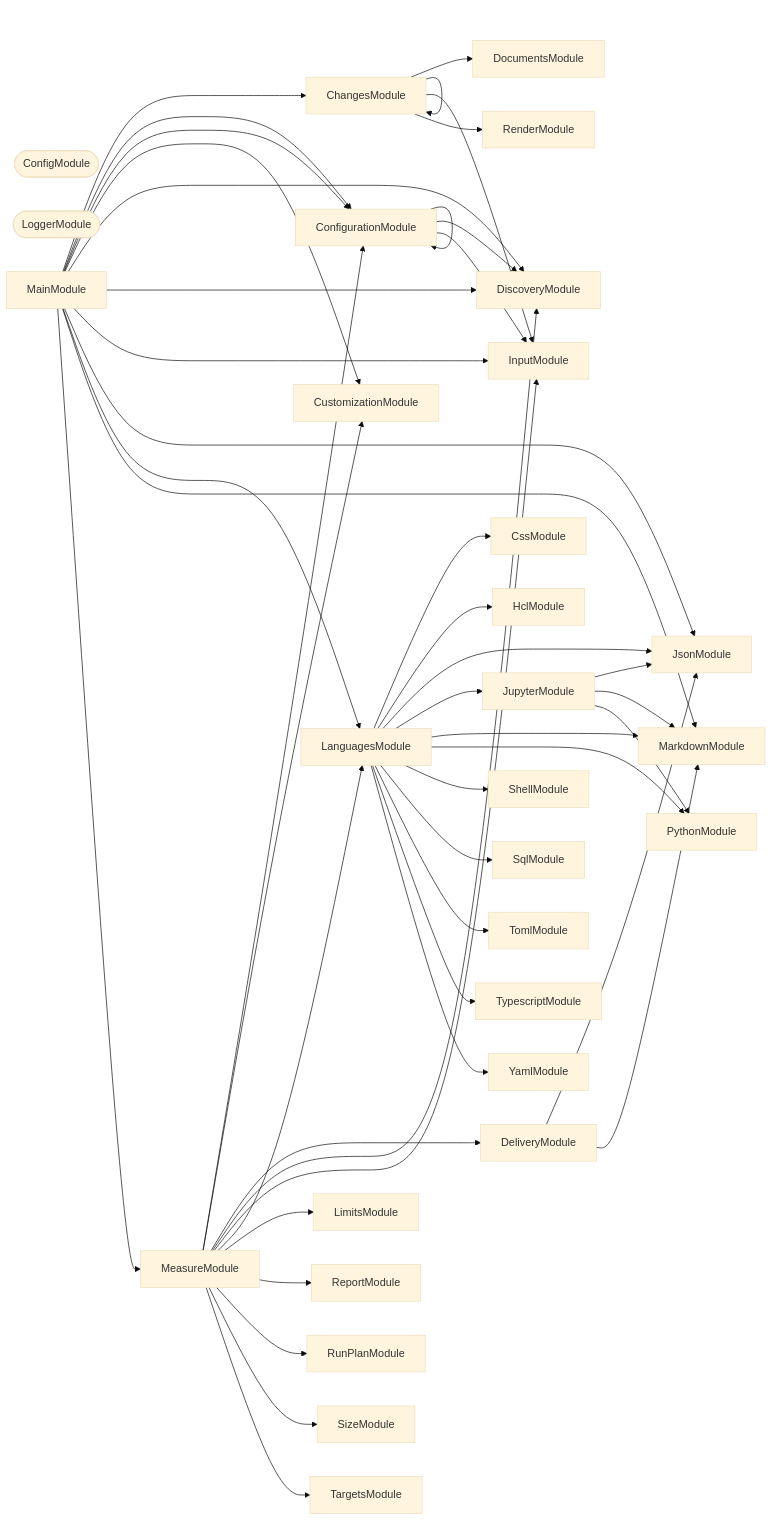
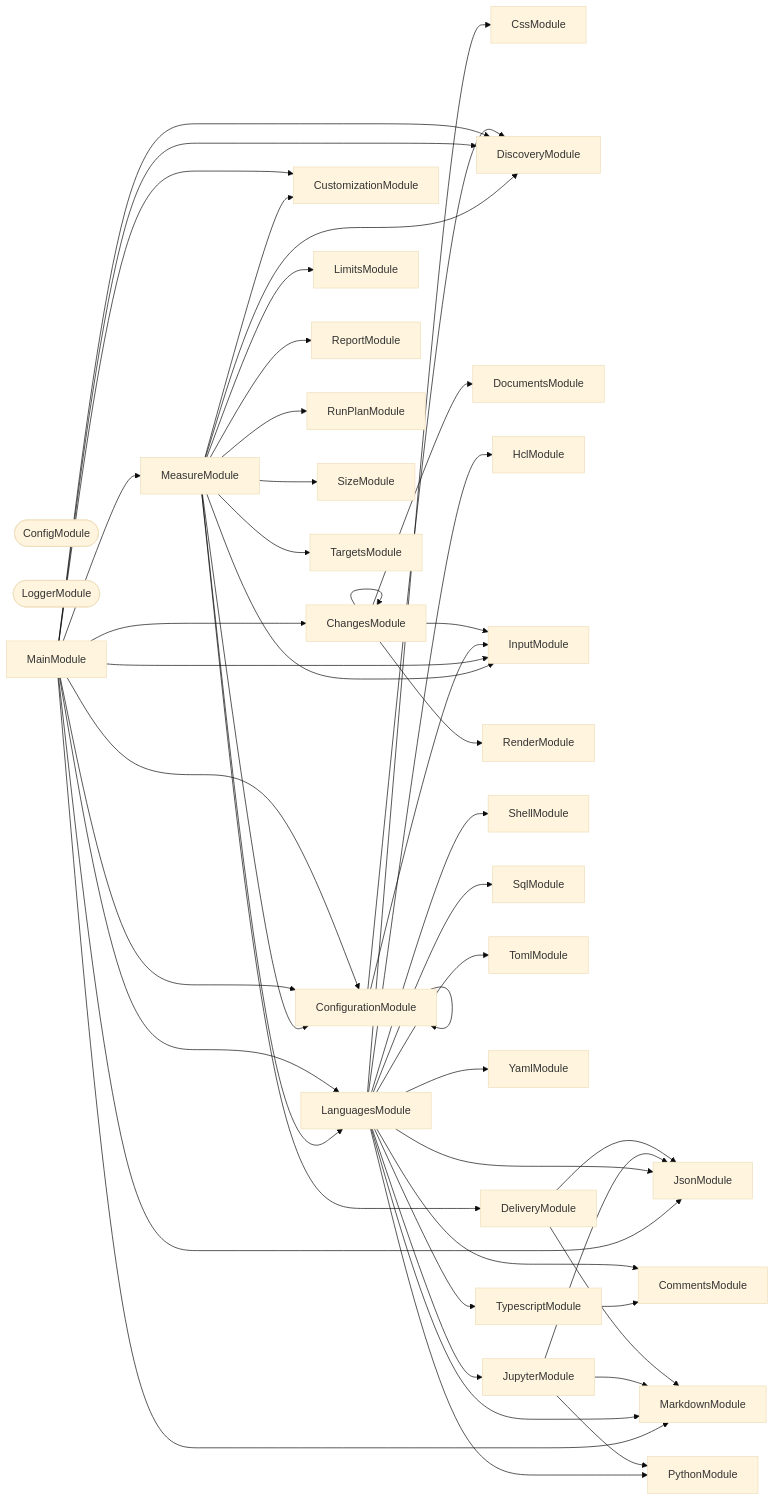
Before and after one commit to JimmyPaolini/codebase: the second of 3 diagrams in packages/codometer-cli/README.md, drawn with Mermaid (base theme). The commit also changed other lines of this file and 7 other files, not shown here.

````diff
--- a/packages/codometer-cli/README.md
+++ b/packages/codometer-cli/README.md
@@ -900,77 +900,80 @@
 ```mermaid
 flowchart LR
   ChangesModule
+  CommentsModule
   ConfigModule([ConfigModule])
   ConfigurationModule
   CssModule
   CustomizationModule
   DeliveryModule
   DiscoveryModule
   DocumentsModule
   HclModule
   InputModule
   JsonModule
   JupyterModule
   LanguagesModule
   LimitsModule
   LoggerModule([LoggerModule])
   MainModule
   MarkdownModule
   MeasureModule
   PythonModule
   RenderModule
   ReportModule
   RunPlanModule
   ShellModule
   SizeModule
   SqlModule
   TargetsModule
   TomlModule
   TypescriptModule
   YamlModule
   ChangesModule --> ChangesModule
   ChangesModule --> DocumentsModule
   ChangesModule --> InputModule
   ChangesModule --> RenderModule
   ConfigurationModule --> ConfigurationModule
   ConfigurationModule --> DiscoveryModule
   ConfigurationModule --> InputModule
   DeliveryModule --> JsonModule
   DeliveryModule --> MarkdownModule
   JupyterModule --> JsonModule
   JupyterModule --> MarkdownModule
   JupyterModule --> PythonModule
+  LanguagesModule --> CommentsModule
   LanguagesModule --> CssModule
   LanguagesModule --> HclModule
   LanguagesModule --> JsonModule
   LanguagesModule --> JupyterModule
   LanguagesModule --> MarkdownModule
   LanguagesModule --> PythonModule
   LanguagesModule --> ShellModule
   LanguagesModule --> SqlModule
   LanguagesModule --> TomlModule
   LanguagesModule --> TypescriptModule
   LanguagesModule --> YamlModule
   MainModule --> ChangesModule
   MainModule --> ConfigurationModule
   MainModule --> ConfigurationModule
   MainModule --> CustomizationModule
   MainModule --> DiscoveryModule
   MainModule --> DiscoveryModule
   MainModule --> InputModule
   MainModule --> JsonModule
   MainModule --> LanguagesModule
   MainModule --> MarkdownModule
   MainModule --> MeasureModule
   MeasureModule --> ConfigurationModule
   MeasureModule --> CustomizationModule
   MeasureModule --> DeliveryModule
   MeasureModule --> DiscoveryModule
   MeasureModule --> InputModule
   MeasureModule --> LanguagesModule
   MeasureModule --> LimitsModule
   MeasureModule --> ReportModule
   MeasureModule --> RunPlanModule
   MeasureModule --> SizeModule
   MeasureModule --> TargetsModule
+  TypescriptModule --> CommentsModule
 ```
````
